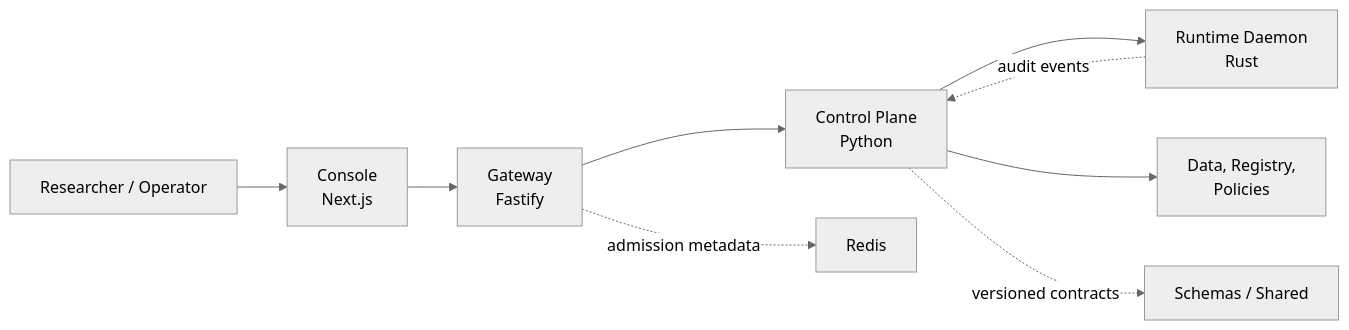
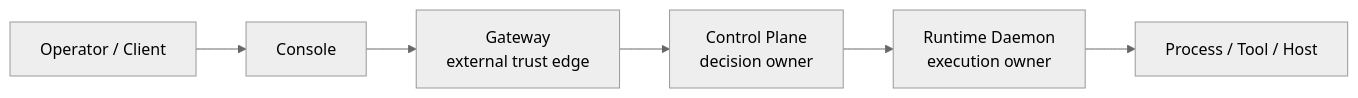
One commit to ghasemzadeh-hamed/OMERTAOS changed the first of 2 diagrams in README.md. Above: the diagram before and after it, drawn with Mermaid (neutral theme). The commit also changed other lines of this file, not shown here.

````diff
--- a/README.md
+++ b/README.md
@@ -93,11 +145,8 @@
 ```mermaid
 flowchart LR
-  U["Researcher / Operator"] --> C["Console<br/>Next.js"]
-  C --> G["Gateway<br/>Fastify"]
-  G --> P["Control Plane<br/>Python"]
-  P --> R["Runtime Daemon<br/>Rust"]
-  P --> D["Data, Registry,<br/>Policies"]
-  G -. "admission metadata" .-> E["Redis"]
-  P -. "versioned contracts" .-> S["Schemas / Shared"]
-  R -. "audit events" .-> P
+  U["Operator / Client"] --> C["Console"]
+  C --> G["Gateway<br/>external trust edge"]
+  G --> P["Control Plane<br/>decision owner"]
+  P --> R["Runtime Daemon<br/>execution owner"]
+  R --> H["Process / Tool / Host"]
 ```
````
